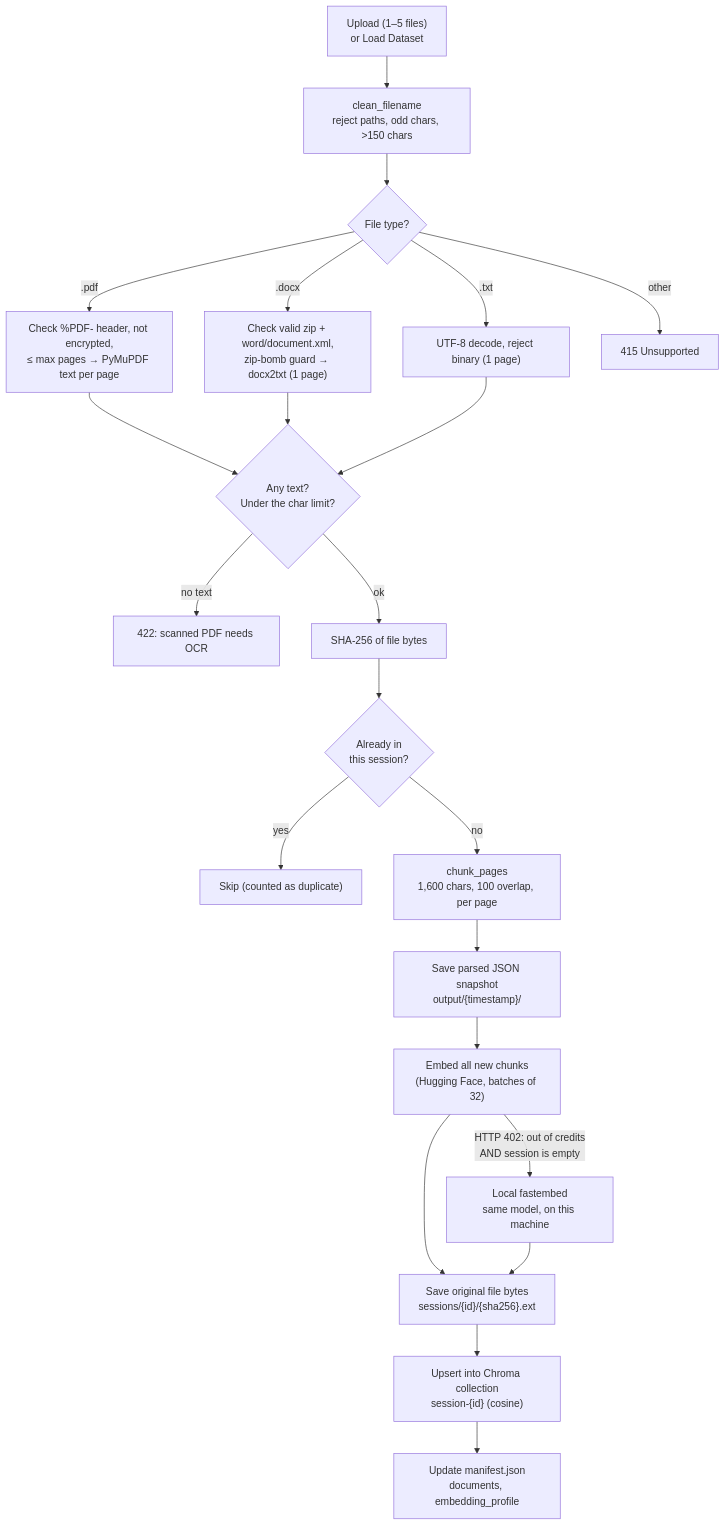
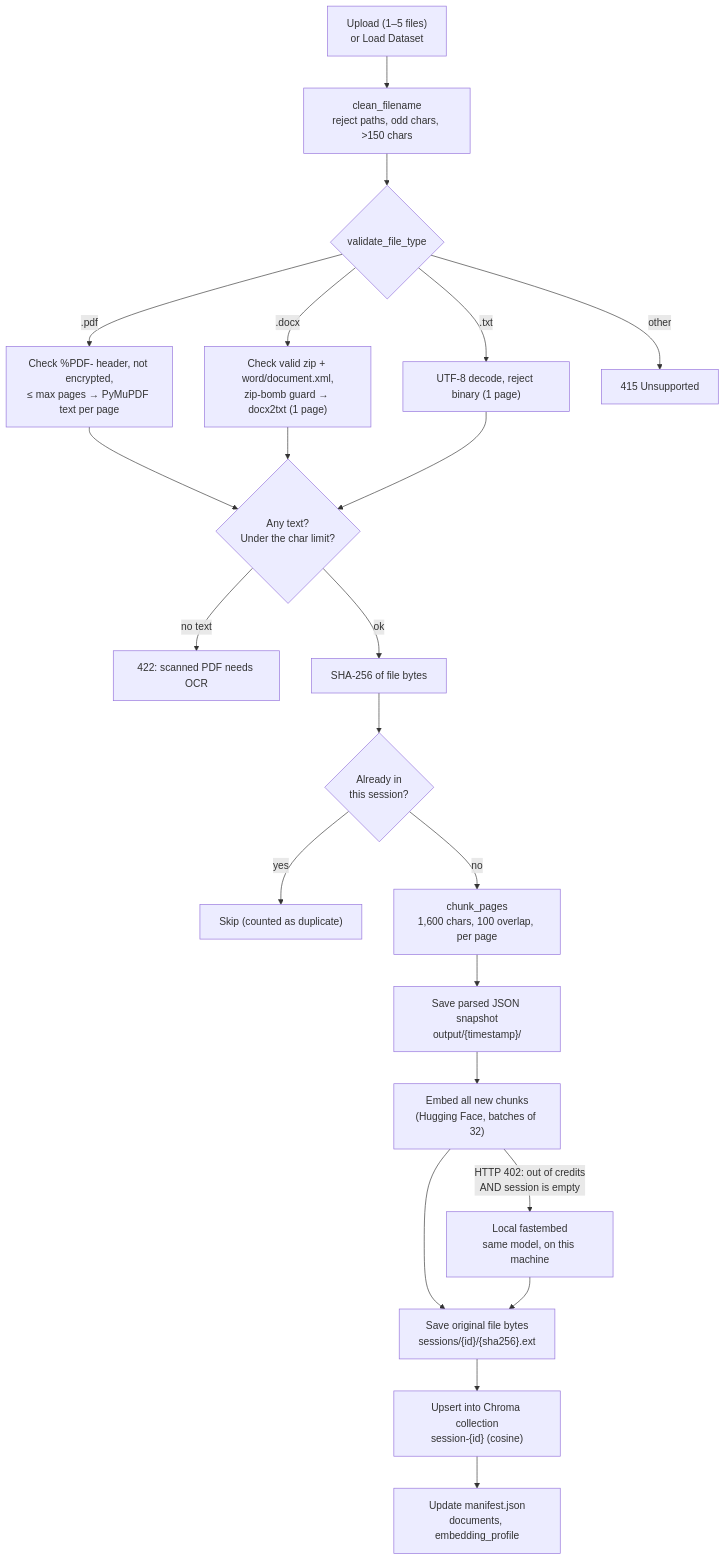
One commit to mannyiyer380/proj-01-enterprise-document-intelligence-system changed the third of 13 diagrams in docs/ARCHITECTURE.md. Above: the diagram before and after it, drawn with Mermaid. The commit also changed other lines of this file, not shown here.

Commit message:
Update architecture doc for LangGraph workflows, review, caching and tests

````diff
--- a/docs/ARCHITECTURE.md
+++ b/docs/ARCHITECTURE.md
@@ -235,22 +270,22 @@
 ```mermaid
 flowchart TD
     A["Upload (1–5 files)<br/>or Load Dataset"] --> B["clean_filename<br/>reject paths, odd chars, >150 chars"]
-    B --> C{"File type?"}
+    B --> C{"validate_file_type"}
     C -- ".pdf" --> P["Check %PDF- header, not encrypted,<br/>≤ max pages → PyMuPDF text per page"]
     C -- ".docx" --> D["Check valid zip + word/document.xml,<br/>zip-bomb guard → docx2txt (1 page)"]
     C -- ".txt" --> T["UTF-8 decode, reject binary (1 page)"]
     C -- "other" --> X["415 Unsupported"]
     P & D & T --> V{"Any text?<br/>Under the char limit?"}
     V -- "no text" --> N["422: scanned PDF needs OCR"]
     V -- ok --> H["SHA-256 of file bytes"]
     H --> DUP{"Already in<br/>this session?"}
     DUP -- yes --> SKIP["Skip (counted as duplicate)"]
     DUP -- no --> CH["chunk_pages<br/>1,600 chars, 100 overlap, per page"]
     CH --> SNAP["Save parsed JSON snapshot<br/>output/{timestamp}/"]
     SNAP --> E["Embed all new chunks<br/>(Hugging Face, batches of 32)"]
     E -- "HTTP 402: out of credits<br/>AND session is empty" --> LOC["Local fastembed<br/>same model, on this machine"]
     E --> ST
     LOC --> ST["Save original file bytes<br/>sessions/{id}/{sha256}.ext"]
     ST --> CR["Upsert into Chroma collection<br/>session-{id} (cosine)"]
     CR --> MAN["Update manifest.json<br/>documents, embedding_profile"]
 ```
````
